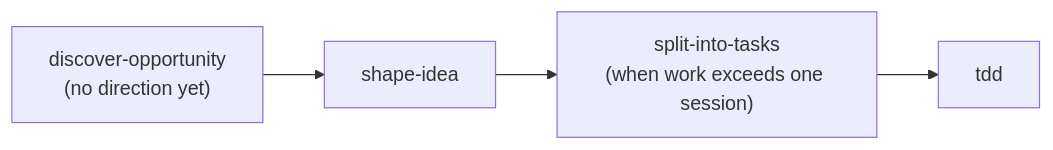
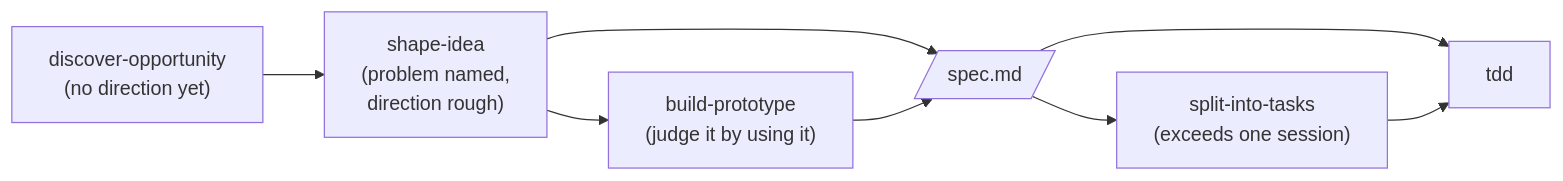
Before and after one commit to toy-crane/skills: the diagram in README.md, drawn with Mermaid. The commit also changed other lines of this file and 2 other files, not shown here.

First line of the commit message:
docs: split the skill list along pipeline and project axes (#43)

````diff
--- a/README.md
+++ b/README.md
@@ -46,6 +46,10 @@
 ```mermaid
 flowchart LR
-    DO["discover-opportunity<br/>(no direction yet)"] --> SI[shape-idea]
-    SI --> ST["split-into-tasks<br/>(when work exceeds one session)"]
-    ST --> TDD[tdd]
+    DO["discover-opportunity<br/>(no direction yet)"] --> SI["shape-idea<br/>(problem named,<br/>direction rough)"]
+    SI --> BP["build-prototype<br/>(judge it by using it)"]
+    SI --> SPEC[/spec.md/]
+    BP --> SPEC
+    SPEC --> ST["split-into-tasks<br/>(exceeds one session)"]
+    SPEC --> TDD[tdd]
+    ST --> TDD
 ```
````
